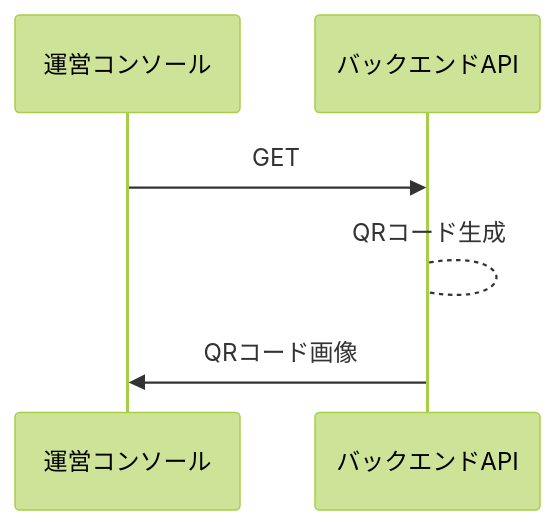
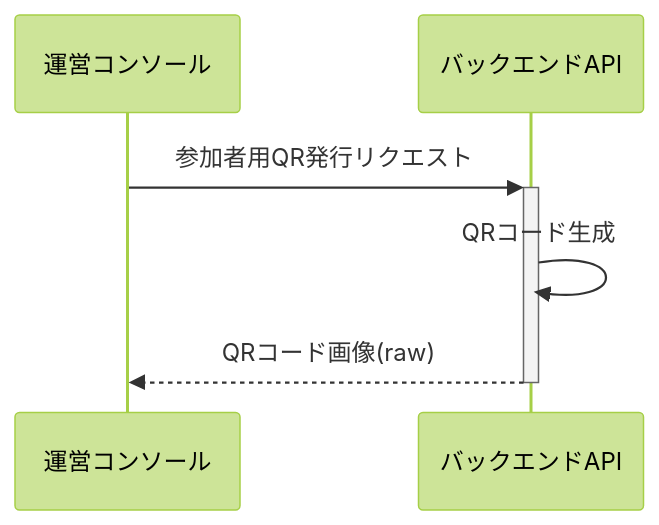
Before and after one commit to after-school-garbage-squad/repaint-architecture: the seventh of 13 diagrams in docs/sequence/admin.md, drawn with Mermaid (forest theme). The commit also changed other lines of this file and 3 other files, not shown here.

````diff
--- a/docs/sequence/admin.md
+++ b/docs/sequence/admin.md
@@ -82,9 +82,9 @@
 ```mermaid
 sequenceDiagram
     participant web as 運営コンソール
     participant back as バックエンドAPI
-    web ->> back: GET
-    back --> back: QRコード生成
-    back ->> web: QRコード画像
+    web ->>+ back: 参加者用QR発行リクエスト
+    back ->> back: QRコード生成
+    back -->>- web: QRコード画像(raw)
     
 ```
````
